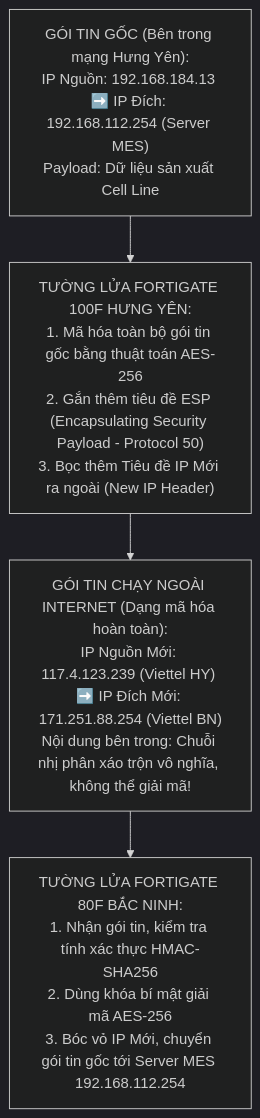
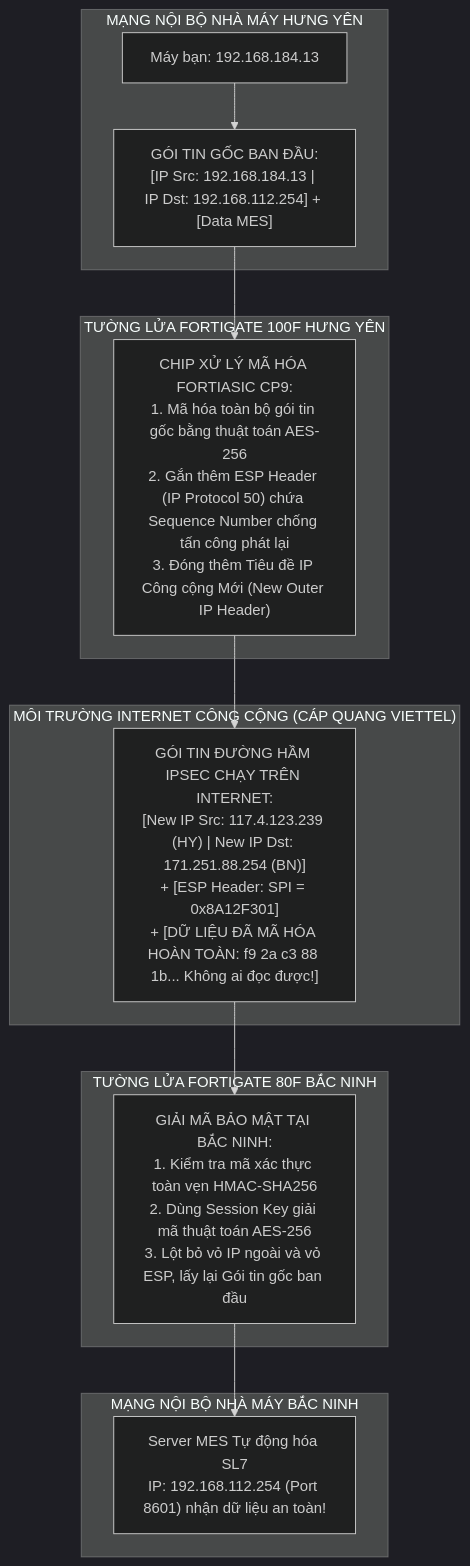
One commit to Poyken/vinatech changed the eighth of 8 diagrams in firewall/01_GIAO_TRINH_NEN_TANG_NETWORK_SYSTEM.md. Above: the diagram before and after it, drawn with Mermaid (dark theme). The commit also changed other lines of this file, not shown here.

````diff
--- a/firewall/01_GIAO_TRINH_NEN_TANG_NETWORK_SYSTEM.md
+++ b/firewall/01_GIAO_TRINH_NEN_TANG_NETWORK_SYSTEM.md
@@ -440,10 +813,24 @@
 ```mermaid
 flowchart TD
-    GOC["GÓI TIN GỐC (Bên trong mạng Hưng Yên):<br/>IP Nguồn: 192.168.184.13 ➡️ IP Đích: 192.168.112.254 (Server MES)<br/>Payload: Dữ liệu sản xuất Cell Line"]
+    subgraph HY_INTERNAL ["MẠNG NỘI BỘ NHÀ MÁY HƯNG YÊN"]
+        SRC_PC["Máy bạn: 192.168.184.13"]
+        PACKET_ORIGIN["GÓI TIN GỐC BAN ĐẦU:<br/>[IP Src: 192.168.184.13 | IP Dst: 192.168.112.254] + [Data MES]"]
+        SRC_PC --> PACKET_ORIGIN
+    end
 
-    --> ENCRYPT["TƯỜNG LỬA FORTIGATE 100F HƯNG YÊN:<br/>1. Mã hóa toàn bộ gói tin gốc bằng thuật toán AES-256<br/>2. Gắn thêm tiêu đề ESP (Encapsulating Security Payload - Protocol 50)<br/>3. Bọc thêm Tiêu đề IP Mới ra ngoài (New IP Header)"]
+    subgraph FG_HY ["TƯỜNG LỬA FORTIGATE 100F HƯNG YÊN"]
+        PACKET_ORIGIN --> CRYPTO["CHIP XỬ LÝ MÃ HÓA FORTIASIC CP9:<br/>1. Mã hóa toàn bộ gói tin gốc bằng thuật toán AES-256<br/>2. Gắn thêm ESP Header (IP Protocol 50) chứa Sequence Number chống tấn công phát lại<br/>3. Đóng thêm Tiêu đề IP Công cộng Mới (New Outer IP Header)"]
+    end
 
-    --> INTERNET["GÓI TIN CHẠY NGOÀI INTERNET (Dạng mã hóa hoàn toàn):<br/>IP Nguồn Mới: 117.4.123.239 (Viettel HY) ➡️ IP Đích Mới: 171.251.88.254 (Viettel BN)<br/>Nội dung bên trong: Chuỗi nhị phân xáo trộn vô nghĩa, không thể giải mã!"]
+    subgraph INTERNET_CLOUD ["MÔI TRƯỜNG INTERNET CÔNG CỘNG (CÁP QUANG VIETTEL)"]
+        CRYPTO --> PACKET_TUNNEL["GÓI TIN ĐƯỜNG HẦM IPSEC CHẠY TRÊN INTERNET:<br/>[New IP Src: 117.4.123.239 (HY) | New IP Dst: 171.251.88.254 (BN)]<br/>+ [ESP Header: SPI = 0x8A12F301]<br/>+ [DỮ LIỆU ĐÃ MÃ HÓA HOÀN TOÀN: f9 2a c3 88 1b... Không ai đọc được!]"]
+    end
 
-    --> DECRYPT["TƯỜNG LỬA FORTIGATE 80F BẮC NINH:<br/>1. Nhận gói tin, kiểm tra tính xác thực HMAC-SHA256<br/>2. Dùng khóa bí mật giải mã AES-256<br/>3. Bóc vỏ IP Mới, chuyển gói tin gốc tới Server MES 192.168.112.254"]
+    subgraph FG_BN ["TƯỜNG LỬA FORTIGATE 80F BẮC NINH"]
+        PACKET_TUNNEL --> DECRYPT["GIẢI MÃ BẢO MẬT TẠI BẮC NINH:<br/>1. Kiểm tra mã xác thực toàn vẹn HMAC-SHA256<br/>2. Dùng Session Key giải mã thuật toán AES-256<br/>3. Lột bỏ vỏ IP ngoài và vỏ ESP, lấy lại Gói tin gốc ban đầu"]
+    end
+
+    subgraph BN_INTERNAL ["MẠNG NỘI BỘ NHÀ MÁY BẮC NINH"]
+        DECRYPT --> DST_SERVER["Server MES Tự động hóa SL7<br/>IP: 192.168.112.254 (Port 8601) nhận dữ liệu an toàn!"]
+    end
 ```
````
